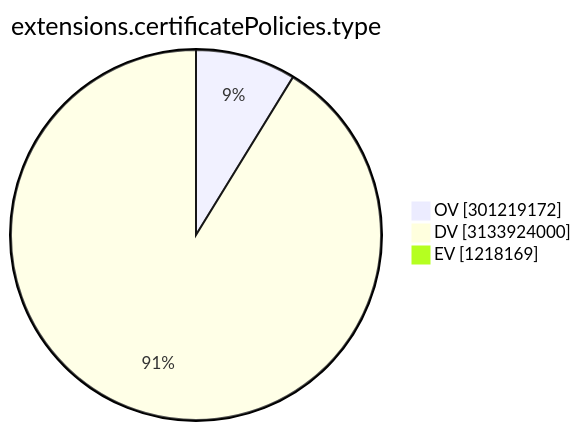
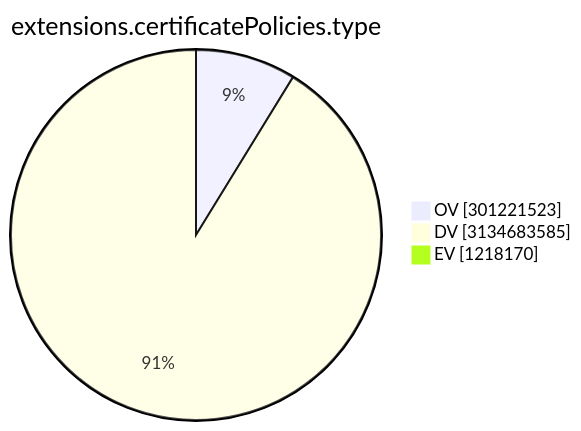
One commit to christiankrug/ctmonitor_visualization changed the ninth of 15 diagrams in TOTAL/README.md. Above: the diagram before and after it, drawn with Mermaid. The commit also changed other lines of this file, not shown here.

````diff
--- a/TOTAL/README.md
+++ b/TOTAL/README.md
@@ -3105,7 +3105,7 @@
 ```mermaid
 pie showData
 title extensions.certificatePolicies.type
-"OV" :301219172
-"DV" :3133924000
-"EV" :1218169
+"OV" :301221523
+"DV" :3134683585
+"EV" :1218170
 ```
````
